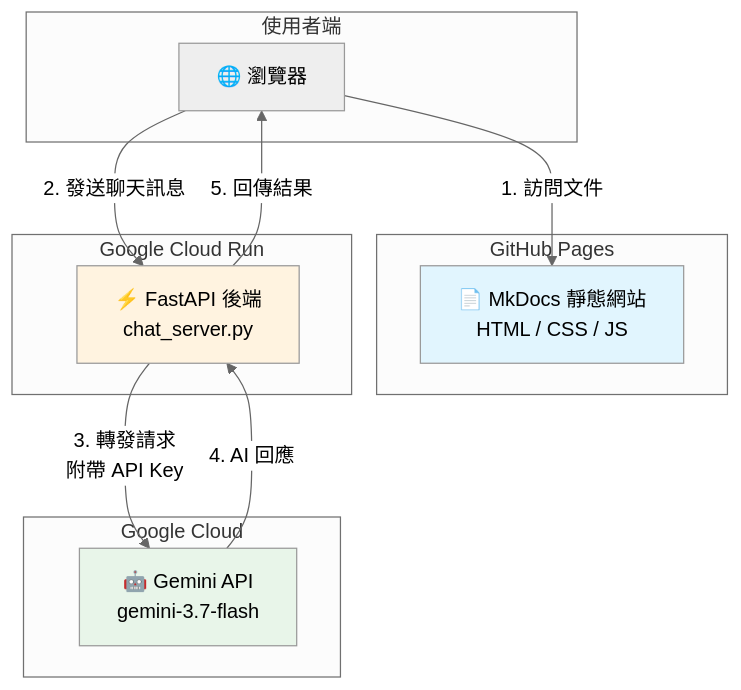
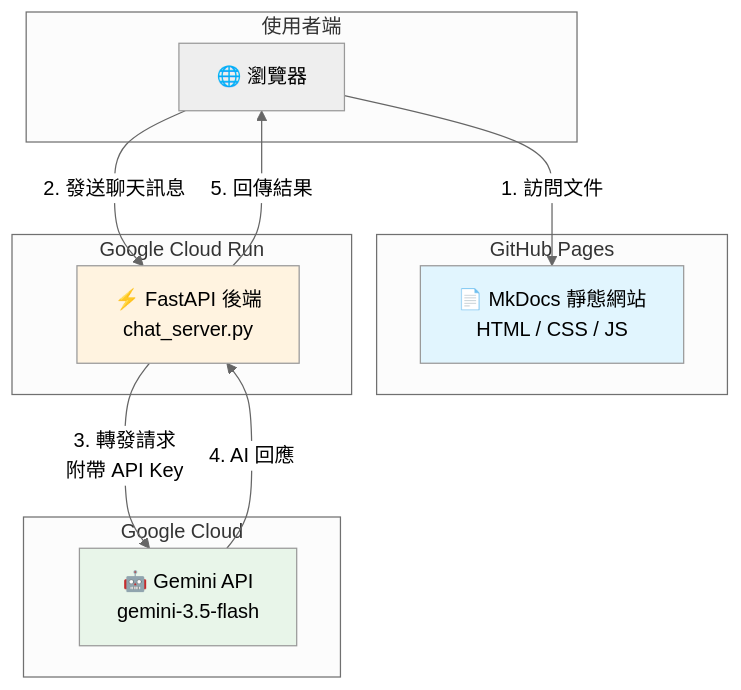
One commit to CaoCharles/dcka-class-notes changed the diagram in README.md. Above: the diagram before and after it, drawn with Mermaid (neutral theme). The commit also changed 1 other file, not shown here.

Commit message:
docs: 同步 README 至 gemini-3.5-flash 與新版 google-genai SDK
補充選用 3.5-flash 而非最新 3.7-flash 的實測理由（穩定性與延遲），
並更新程式碼流程範例改用新版 SDK 語法。

````diff
--- a/README.md
+++ b/README.md
@@ -58,28 +58,28 @@
 ```mermaid
 flowchart TB
     subgraph 使用者端
         Browser[🌐 瀏覽器]
     end
 
     subgraph GitHub Pages
         Frontend[📄 MkDocs 靜態網站<br/>HTML / CSS / JS]
     end
 
     subgraph Google Cloud Run
         Backend[⚡ FastAPI 後端<br/>chat_server.py]
     end
 
     subgraph Google Cloud
-        Gemini[🤖 Gemini API<br/>gemini-3.7-flash]
+        Gemini[🤖 Gemini API<br/>gemini-3.5-flash]
     end
 
     Browser -->|1. 訪問文件| Frontend
     Browser -->|2. 發送聊天訊息| Backend
     Backend -->|3. 轉發請求<br/>附帶 API Key| Gemini
     Gemini -->|4. AI 回應| Backend
     Backend -->|5. 回傳結果| Browser
 
     style Frontend fill:#e1f5fe
     style Backend fill:#fff3e0
     style Gemini fill:#e8f5e9
 ```
````
